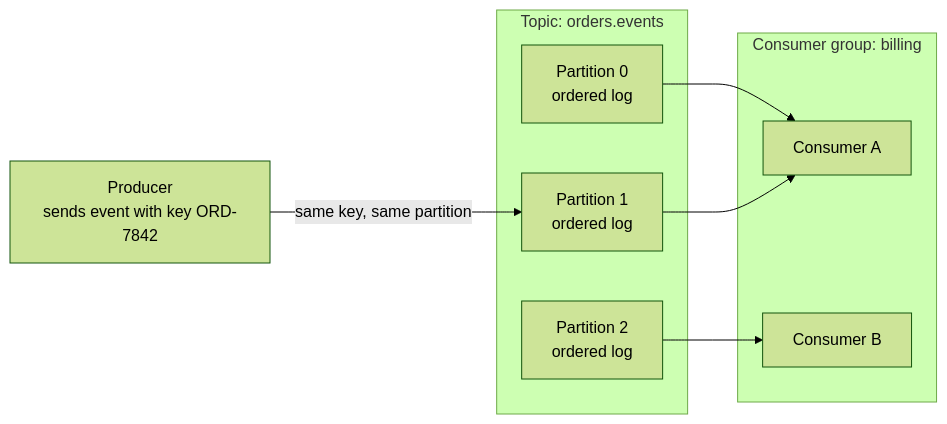
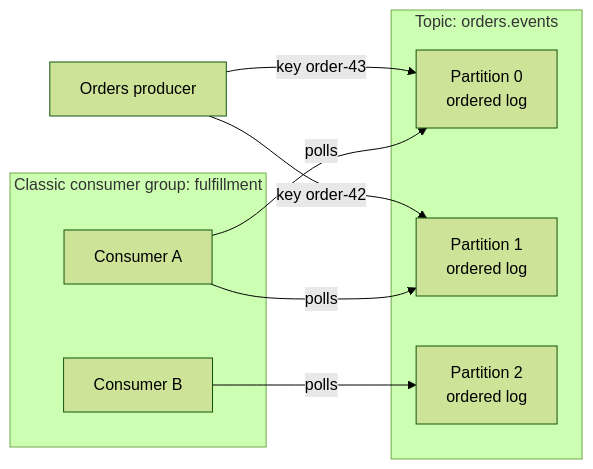
One commit to David-A18/MY-humble-knowledge-for-everyone changed the diagram in knowledge/databases/kafka/topic-and-event-design.md. Above: the diagram before and after it, drawn with Mermaid (forest theme). The commit also changed other lines of this file and 6 other files, not shown here.

````diff
--- a/knowledge/databases/kafka/topic-and-event-design.md
+++ b/knowledge/databases/kafka/topic-and-event-design.md
@@ -64,17 +72,18 @@
 ```mermaid
 flowchart LR
-  prod["Producer<br/>sends event with key ORD-7842"]
+  prod["Orders producer"]
   subgraph topic["Topic: orders.events"]
     p0["Partition 0<br/>ordered log"]
     p1["Partition 1<br/>ordered log"]
     p2["Partition 2<br/>ordered log"]
   end
-  subgraph group["Consumer group: billing"]
+  subgraph group["Classic consumer group: fulfillment"]
     c1["Consumer A"]
     c2["Consumer B"]
   end
-  prod -- "same key, same partition" --> p1
-  p0 --> c1
-  p1 --> c1
-  p2 --> c2
+  prod -- "key order-42" --> p1
+  prod -- "key order-43" --> p0
+  c1 -- "polls" --> p0
+  c1 -- "polls" --> p1
+  c2 -- "polls" --> p2
 ```
````
